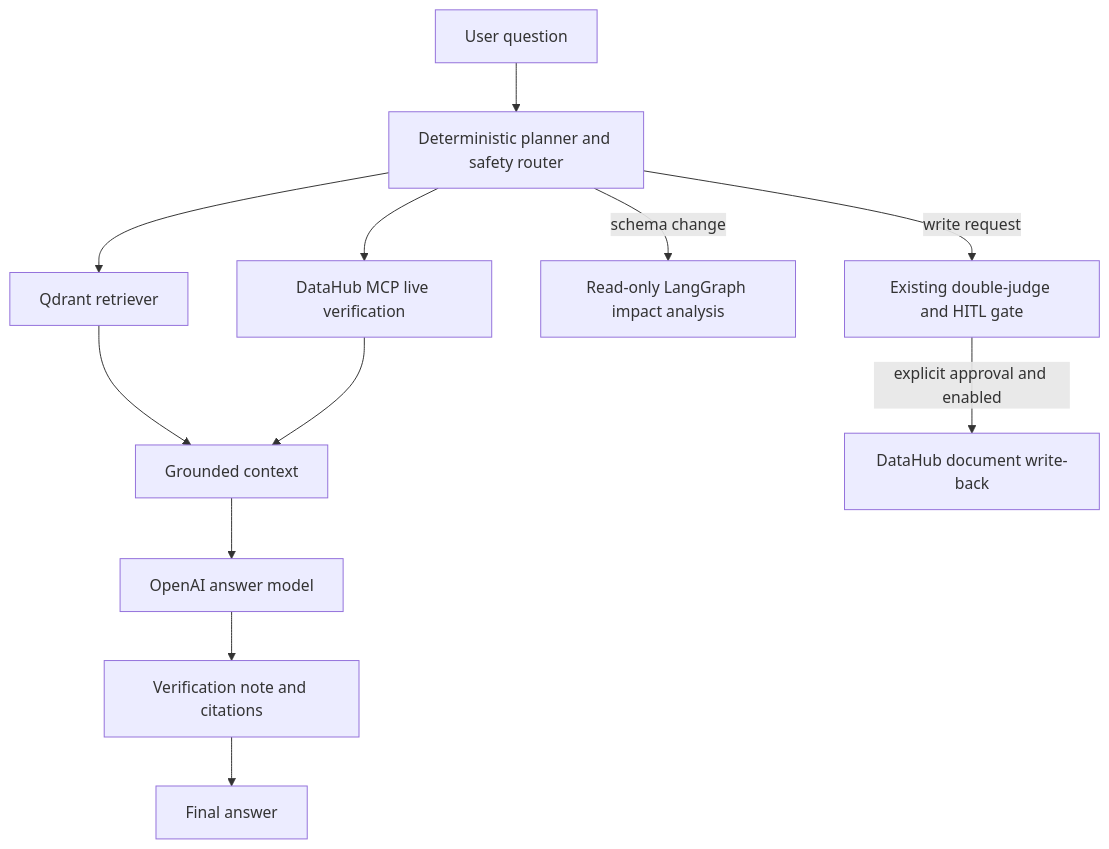
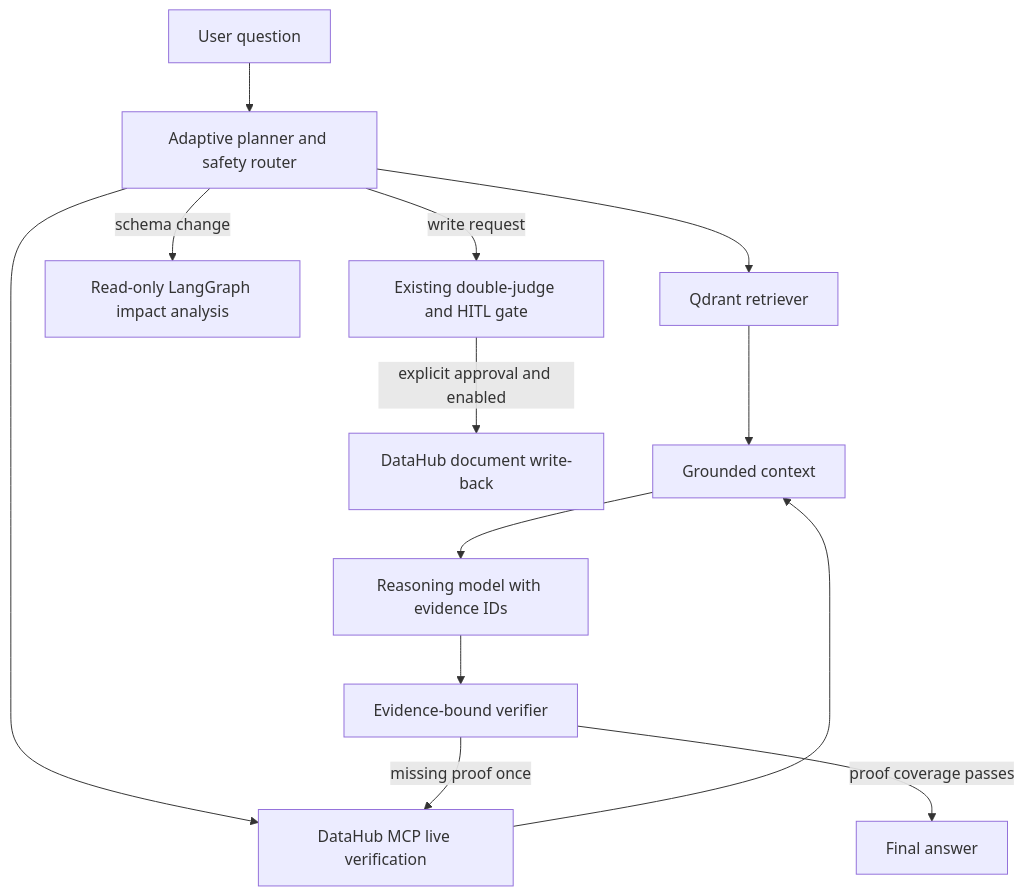
One commit to omarfh111/LineageGuard-AI changed the diagram in docs/agentic-rag.md. Above: the diagram before and after it, drawn with Mermaid. The commit also changed other lines of this file and 23 other files, not shown here.

````diff
--- a/docs/agentic-rag.md
+++ b/docs/agentic-rag.md
@@ -6,14 +6,15 @@
 ```mermaid
 flowchart TD
-    U[User question] --> P[Deterministic planner and safety router]
+    U[User question] --> P[Adaptive planner and safety router]
     P --> R[Qdrant retriever]
     P --> M[DataHub MCP live verification]
     R --> C[Grounded context]
     M --> C
-    C --> A[OpenAI answer model]
-    A --> V[Verification note and citations]
-    V --> F[Final answer]
+    C --> A[Reasoning model with evidence IDs]
+    A --> V[Evidence-bound verifier]
+    V -->|missing proof once| M
+    V -->|proof coverage passes| F[Final answer]
     P -->|schema change| W[Read-only LangGraph impact analysis]
     P -->|write request| H[Existing double-judge and HITL gate]
     H -->|explicit approval and enabled| D[DataHub document write-back]
 ```
````
